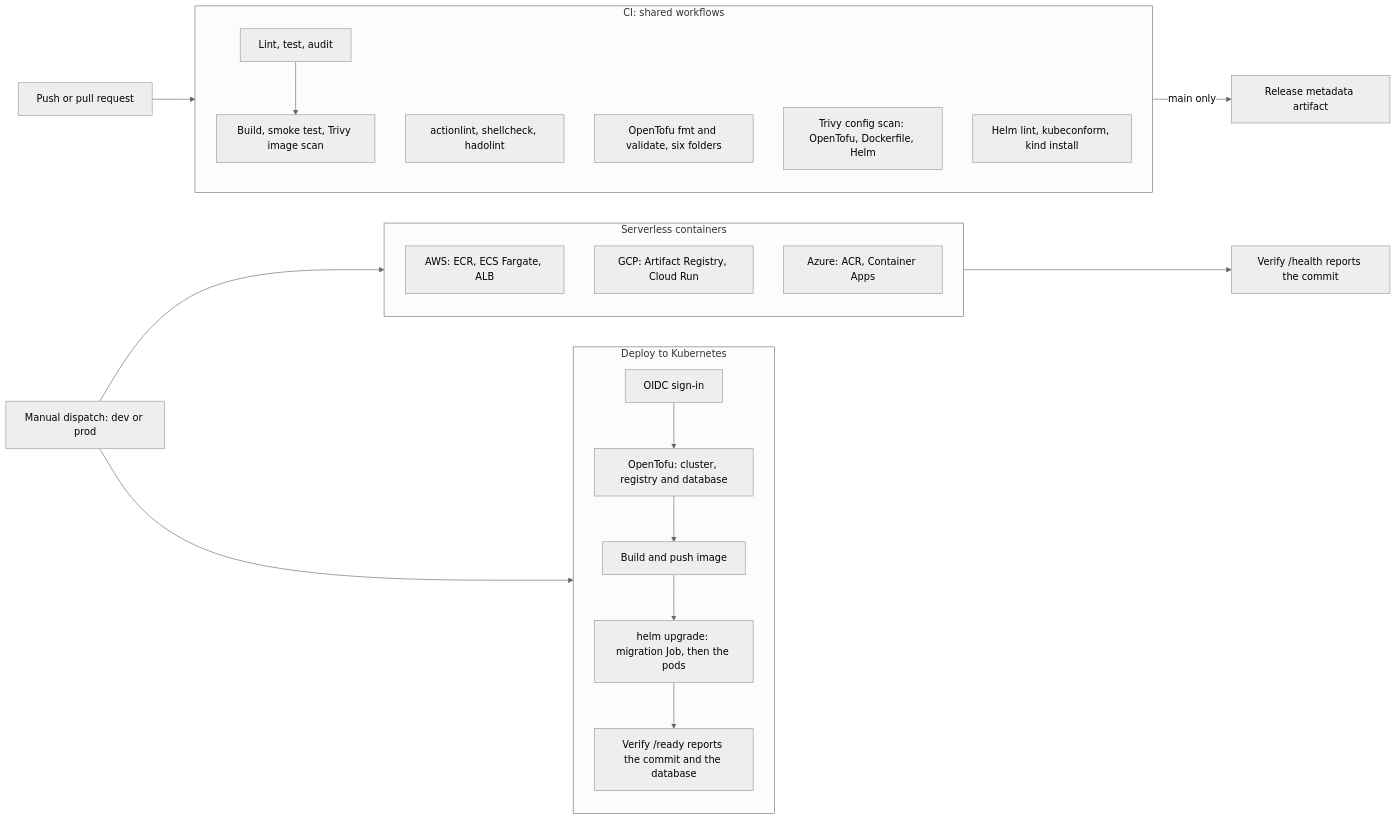
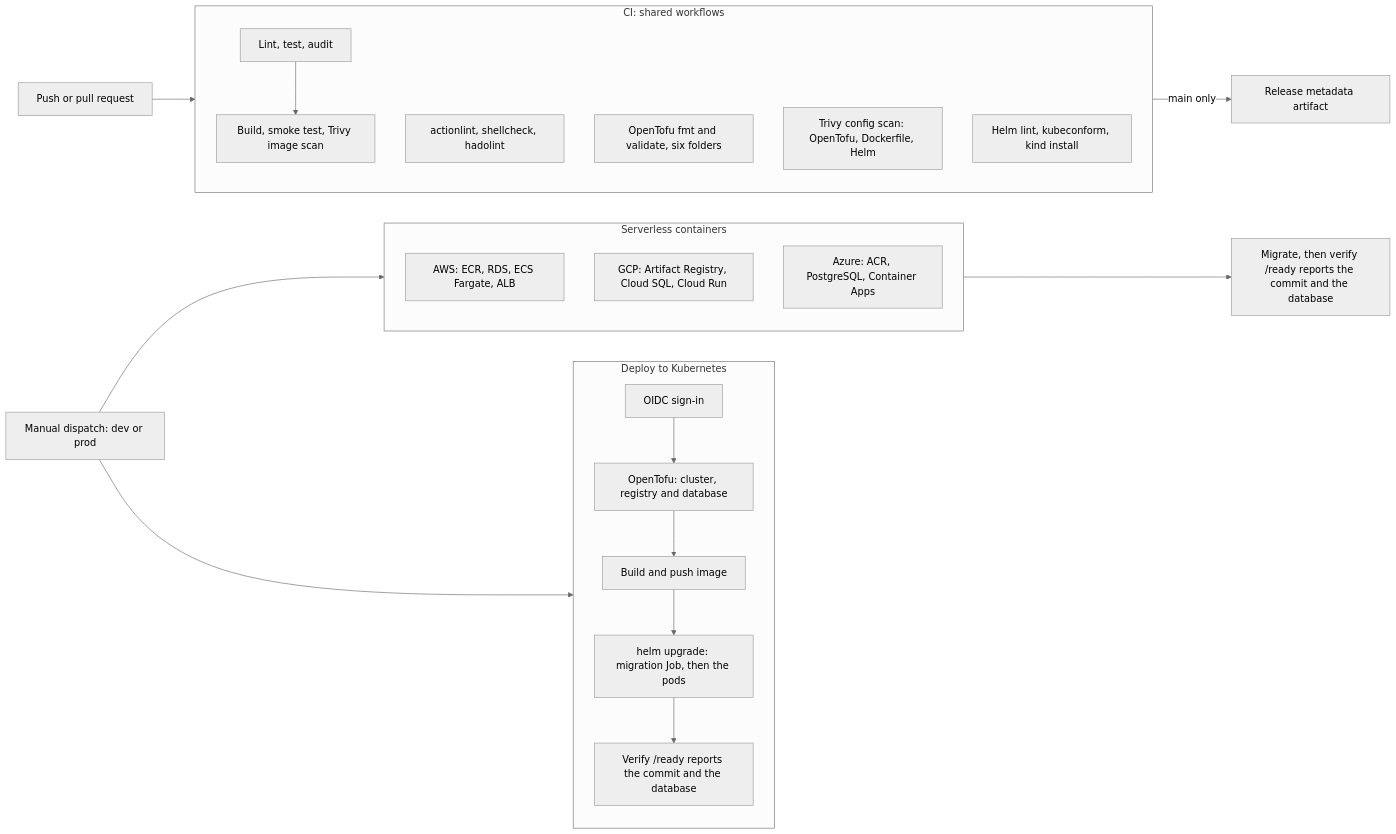
The diagram in docs/architecture.md (Naresh1401/enterprise-multi-cloud), drawn with Mermaid (neutral theme) before and after one commit. The commit also changed other lines of this file and 9 other files, not shown here.

````diff
--- a/docs/architecture.md
+++ b/docs/architecture.md
@@ -11,32 +11,32 @@
 ```mermaid
 flowchart LR
   dev[Push or pull request] --> ci
 
   subgraph ci[CI: shared workflows]
     py[Lint, test, audit]
     lint[actionlint, shellcheck, hadolint]
     tofu[OpenTofu fmt and validate, six folders]
     sec[Trivy config scan: OpenTofu, Dockerfile, Helm]
     img[Build, smoke test, Trivy image scan]
     helm[Helm lint, kubeconform, kind install]
     py --> img
   end
 
   ci -->|main only| meta[Release metadata artifact]
 
   op[Manual dispatch: dev or prod] --> serverless & k8s
 
   subgraph serverless[Serverless containers]
-    ecs[AWS: ECR, ECS Fargate, ALB]
-    run[GCP: Artifact Registry, Cloud Run]
-    aca[Azure: ACR, Container Apps]
+    ecs[AWS: ECR, RDS, ECS Fargate, ALB]
+    run[GCP: Artifact Registry, Cloud SQL, Cloud Run]
+    aca[Azure: ACR, PostgreSQL, Container Apps]
   end
 
   subgraph k8s[Deploy to Kubernetes]
     k1[OIDC sign-in] --> k2[OpenTofu: cluster, registry and database]
     k2 --> k3[Build and push image] --> k4[helm upgrade: migration Job, then the pods]
     k4 --> k5[Verify /ready reports the commit and the database]
   end
 
-  serverless --> verify[Verify /health reports the commit]
+  serverless --> verify[Migrate, then verify /ready reports the commit and the database]
 ```
````
